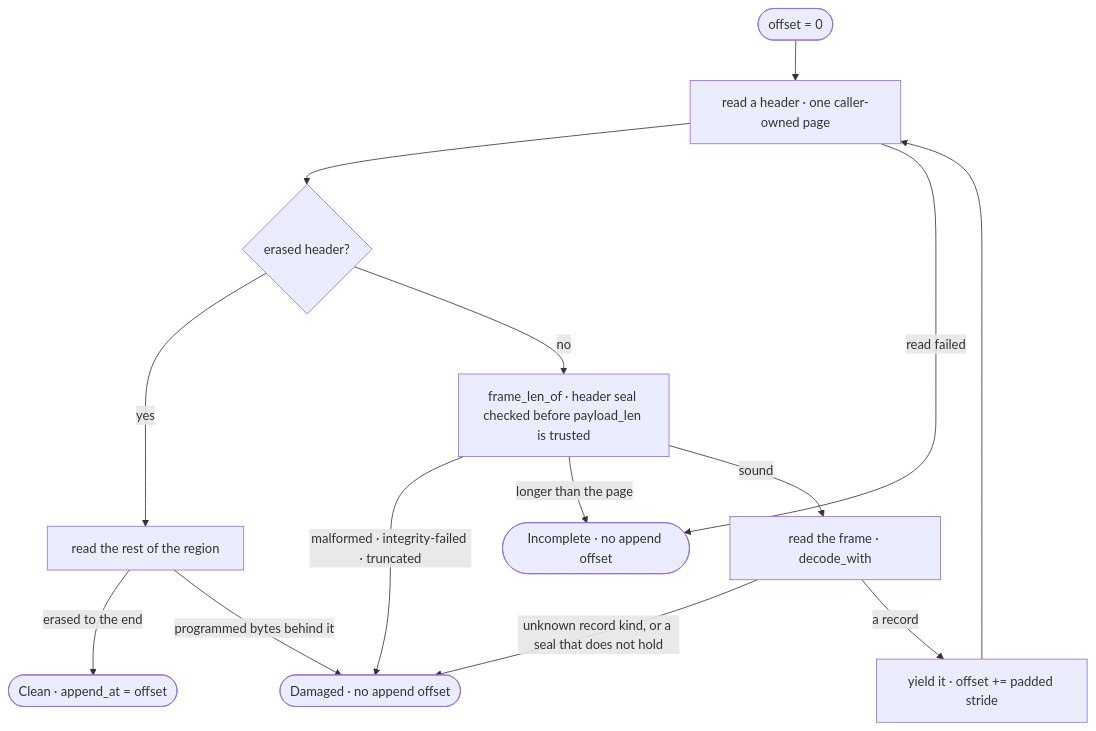
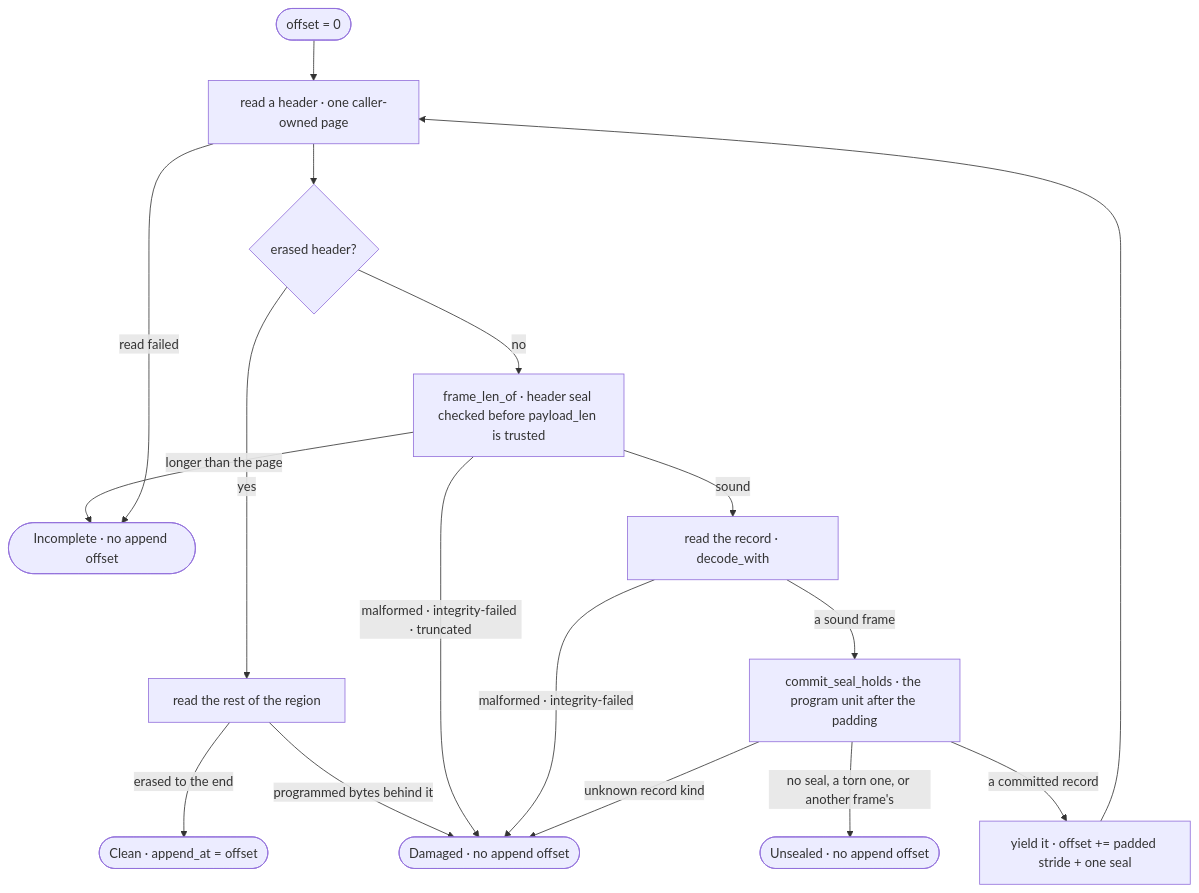
The ninth of 11 diagrams in docs/architecture.md (madmax983/waymaker), drawn with Mermaid before and after one commit. The commit also changed other lines of this file and 23 other files, not shown here.

First line of the commit message:
Two-barrier write discipline for every committed record (#24) (#75)

````diff
--- a/docs/architecture.md
+++ b/docs/architecture.md
@@ -407,16 +420,19 @@
 ```mermaid
 flowchart TB
   start(["offset = 0"]) --> read["read a header · one caller-owned page"]
   read --> erased{"erased header?"}
   erased -- "yes" --> tail["read the rest of the region"]
   tail -- "erased to the end" --> clean(["Clean · append_at = offset"])
   tail -- "programmed bytes behind it" --> damaged(["Damaged · no append offset"])
   erased -- "no" --> len["frame_len_of · header seal checked before payload_len is trusted"]
   len -- "malformed · integrity-failed · truncated" --> damaged
   len -- "longer than the page" --> incomplete(["Incomplete · no append offset"])
-  len -- "sound" --> frame["read the frame · decode_with"]
-  frame -- "unknown record kind, or a seal that does not hold" --> damaged
-  frame -- "a record" --> yield["yield it · offset += padded stride"]
+  len -- "sound" --> frame["read the record · decode_with"]
+  frame -- "malformed · integrity-failed" --> damaged
+  frame -- "a sound frame" --> seal["commit_seal_holds · the program unit after the padding"]
+  seal -- "no seal, a torn one, or another frame's" --> unsealed(["Unsealed · no append offset"])
+  seal -- "unknown record kind" --> damaged
+  seal -- "a committed record" --> yield["yield it · offset += padded stride + one seal"]
   yield --> read
   read -- "read failed" --> incomplete
 ```
````
